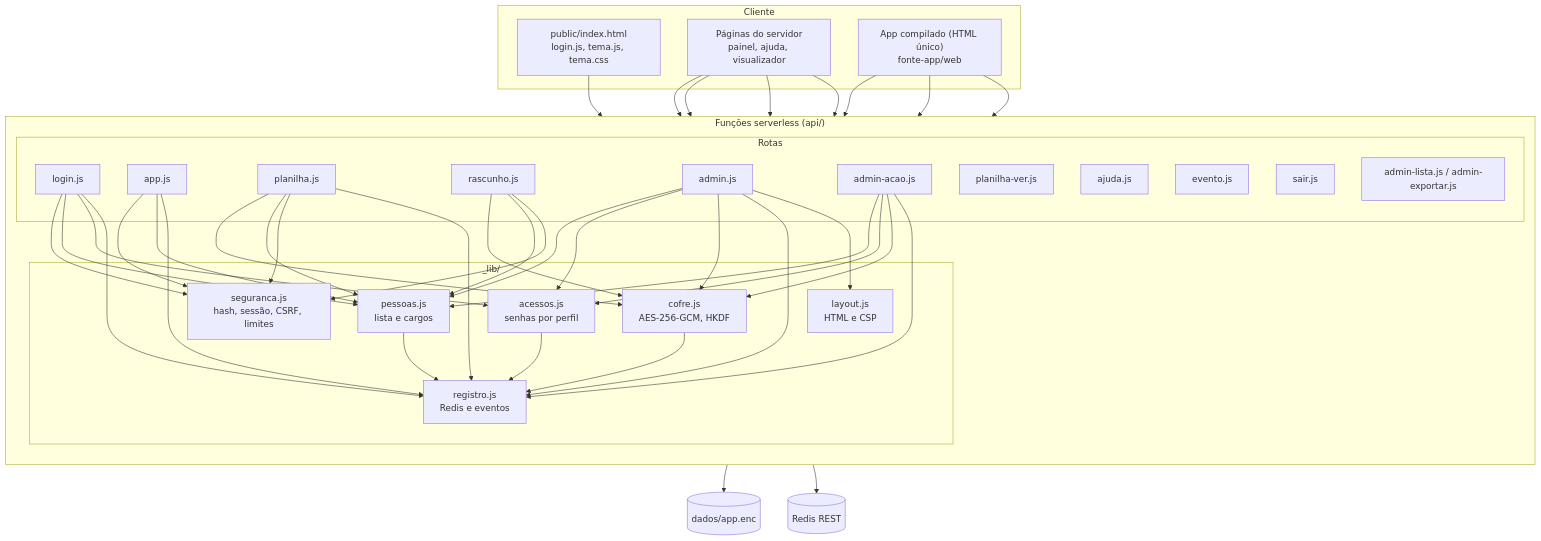
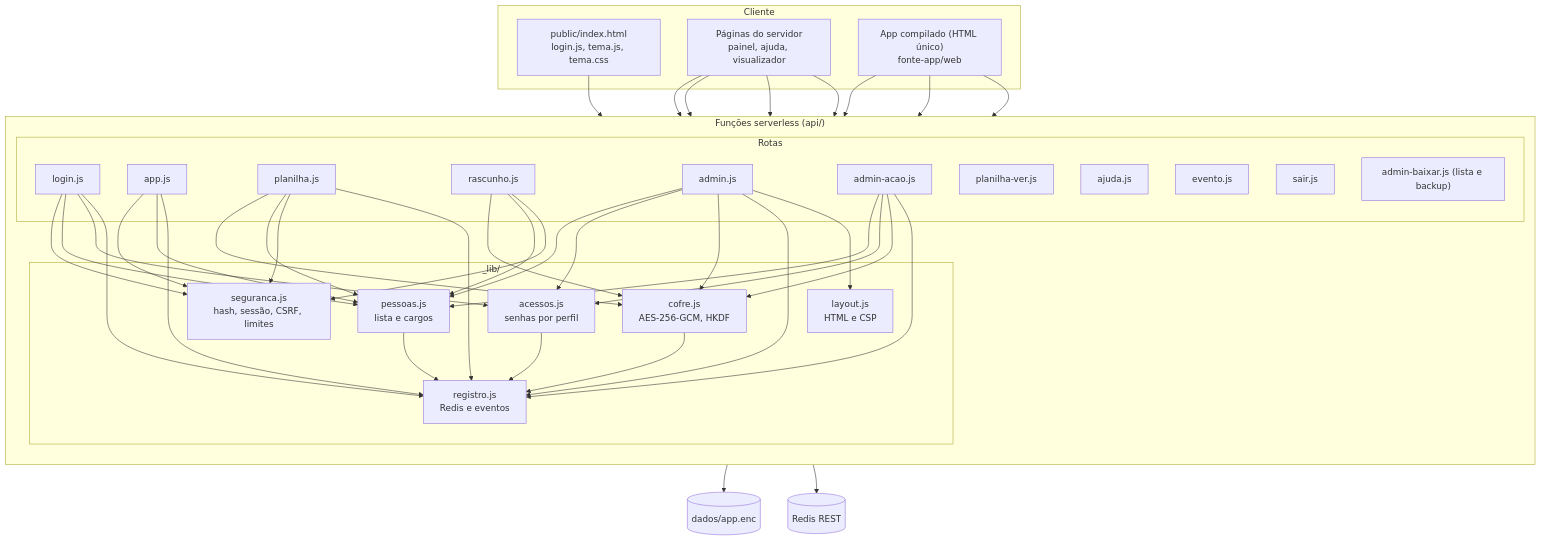
Before and after one commit to GiuColucci/Municiamento_CIAGA: the first of 17 diagrams in docs/ARQUITETURA_E_FLUXO.md, drawn with Mermaid. The commit also changed 7 other files, not shown here.

````diff
--- a/docs/ARQUITETURA_E_FLUXO.md
+++ b/docs/ARQUITETURA_E_FLUXO.md
@@ -28,51 +28,51 @@
 ```mermaid
 flowchart TB
   subgraph Cliente["Cliente"]
     L["public/index.html<br/>login.js, tema.js, tema.css"]
     APP["App compilado (HTML único)<br/>fonte-app/web"]
     PAG["Páginas do servidor<br/>painel, ajuda, visualizador"]
   end
 
   subgraph Servidor["Funções serverless (api/)"]
     direction TB
     subgraph Rotas
       R1["login.js"]
       R2["app.js"]
       R3["planilha.js"]
       R4["rascunho.js"]
       R5["admin.js"]
       R6["admin-acao.js"]
       R7["planilha-ver.js"]
       R8["ajuda.js"]
       R9["evento.js"]
       R10["sair.js"]
-      R11["admin-lista.js / admin-exportar.js"]
+      R11["admin-baixar.js (lista e backup)"]
     end
     subgraph Lib["_lib/"]
       S["seguranca.js<br/>hash, sessão, CSRF, limites"]
       C["cofre.js<br/>AES-256-GCM, HKDF"]
       P["pessoas.js<br/>lista e cargos"]
       A["acessos.js<br/>senhas por perfil"]
       G["registro.js<br/>Redis e eventos"]
       Y["layout.js<br/>HTML e CSP"]
     end
   end
 
   ENC[("dados/app.enc")]
   REDIS[("Redis REST")]
 
   L --> R1
   PAG --> R5 & R6 & R7 & R8
   APP --> R3 & R4 & R9
   R1 --> S & P & A & G
   R2 --> S & P & G
   R2 --> ENC
   R3 --> C & P & S & G
   R4 --> C & P & S
   R5 --> P & A & C & G & Y
   R6 --> P & A & C & G
   C --> G
   P --> G
   A --> G
   G --> REDIS
 ```
````
